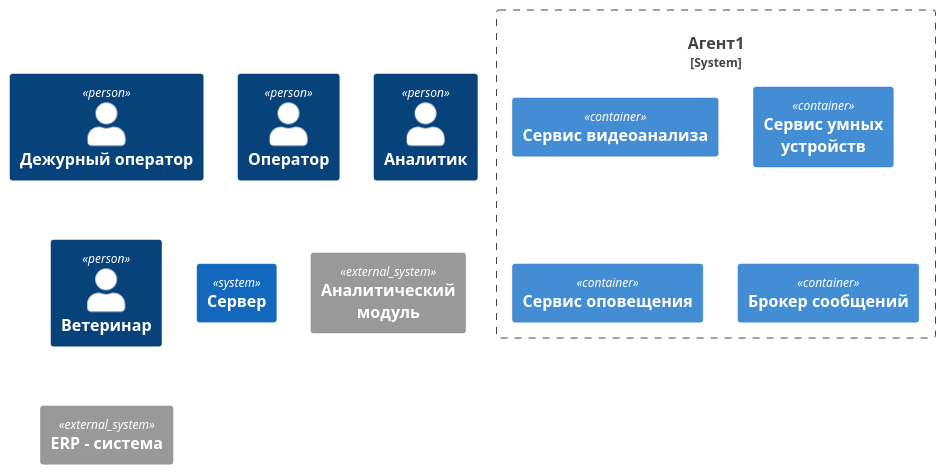
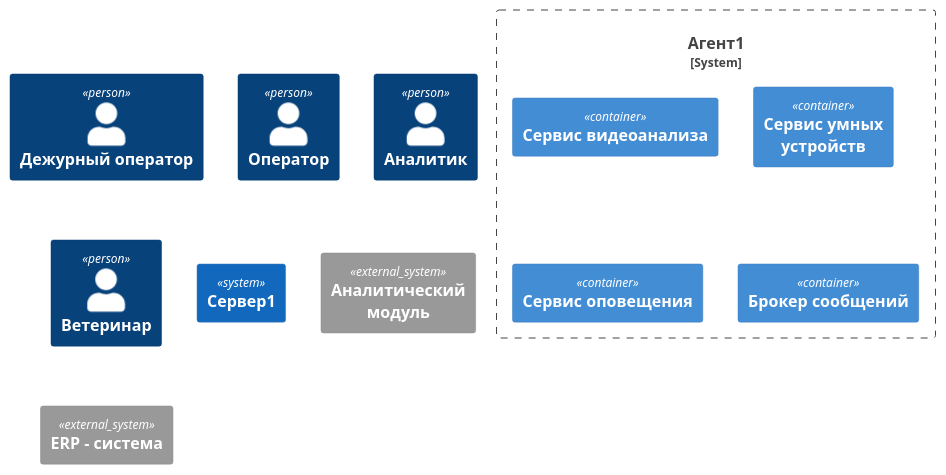
One commit to mirray/MSA-AgroTech changed the diagram in Task2/ATCK_C4_Containers_test.puml. Above: the diagram before and after it, drawn with PlantUML. The commit also changed 1 other file, not shown here.

```diff
--- a/Task2/ATCK_C4_Containers_test.puml
+++ b/Task2/ATCK_C4_Containers_test.puml
@@ -1,20 +1,20 @@
 @startuml Архитектура_АвтоТехноСвиноКомплекс_v1
 !include <C4/C4_Container>
 
 Person(duty_operator, "Дежурный оператор")
 Person(operator, "Оператор")
 Person(analytic, "Аналитик")
 Person(vet, "Ветеринар")
 
-System(atck_server, "Сервер")
+System(atck_server, "Сервер1")
 System_Ext(analytic_module, "Аналитический модуль")
 System_Ext(erp, "ERP - система")
 
 System_Boundary(atck_agent, "Агент1"){
     Container(video, "Сервис видеоанализа")
     Container(iot, "Сервис умных устройств")
     Container(notification, "Сервис оповещения")
     Container(broker, "Брокер сообщений")
 }
 
 @enduml
```
